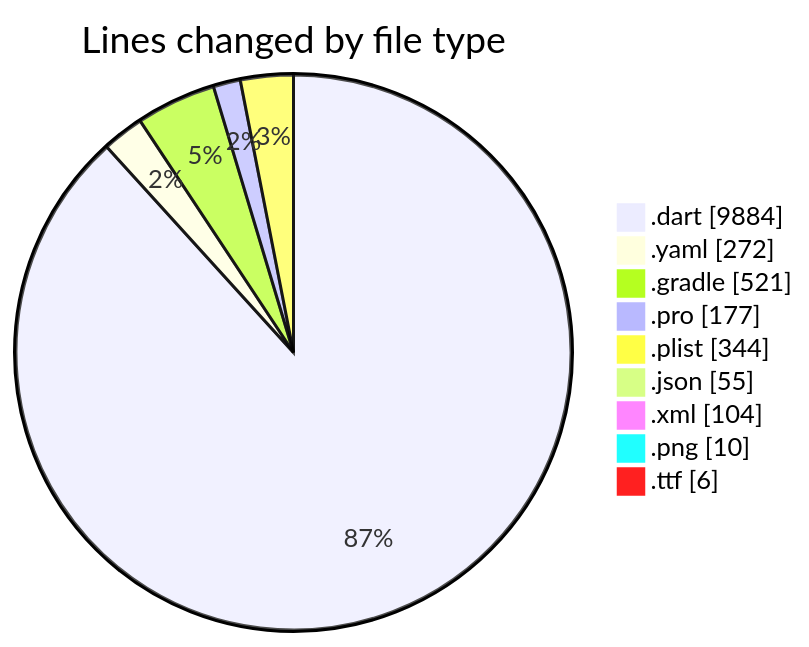
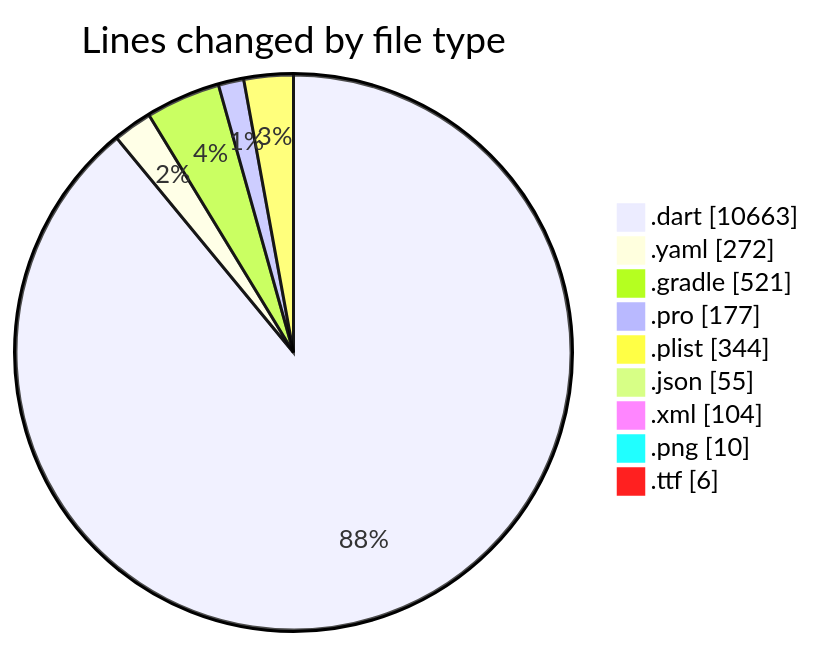
Before and after one commit to lephambinh05/code-tracking: the first of 2 diagrams in 2025-07-29/appproject/README.md, drawn with Mermaid. The commit also changed other lines of this file and 1 other file, not shown here.

````diff
--- a/2025-07-29/appproject/README.md
+++ b/2025-07-29/appproject/README.md
@@ -62,13 +63,13 @@
 ```mermaid
 pie showData
 title Lines changed by file type
-".dart" : 9884
+".dart" : 10663
 ".yaml" : 272
 ".gradle" : 521
 ".pro" : 177
 ".plist" : 344
 ".json" : 55
 ".xml" : 104
 ".png" : 10
 ".ttf" : 6
 ```
````
